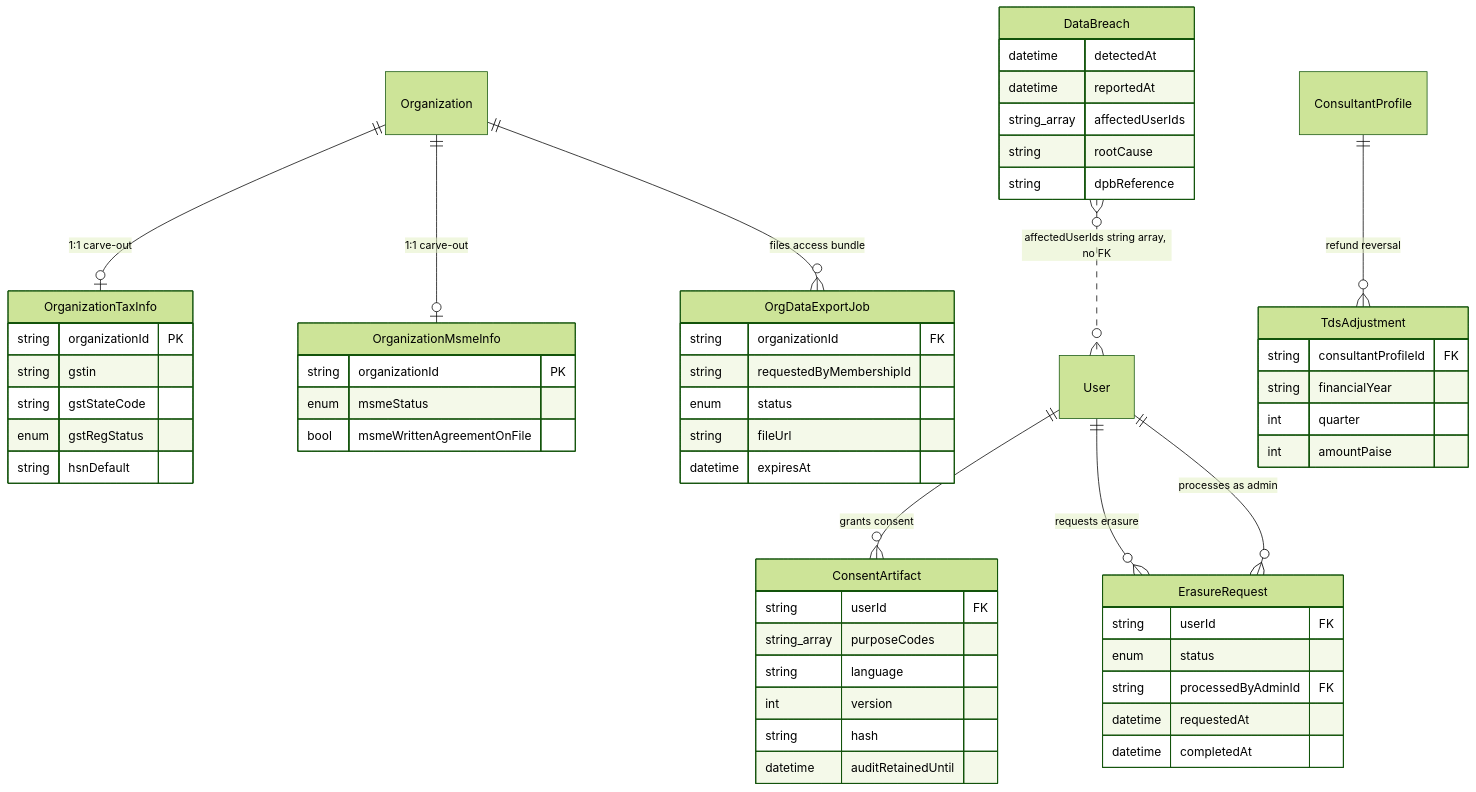
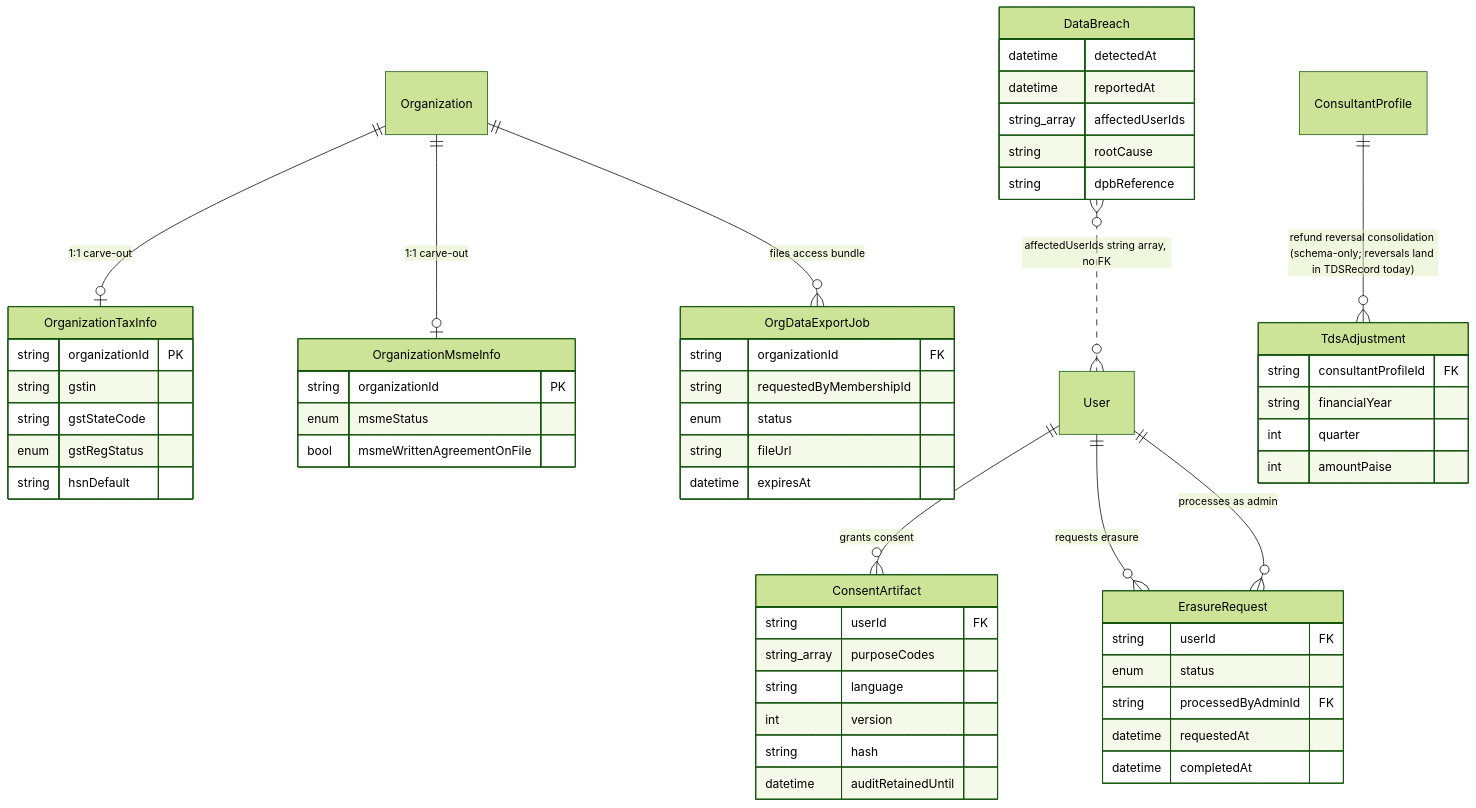
Before and after one commit to Practitionist/familiarise_web: the third of 3 diagrams in docs/enterprise/40-compliance-and-data/01-compliance-dpdp-gst-tds-msme.md, drawn with Mermaid (forest theme). The commit also changed 6 other files, not shown here.

````diff
--- a/docs/enterprise/40-compliance-and-data/01-compliance-dpdp-gst-tds-msme.md
+++ b/docs/enterprise/40-compliance-and-data/01-compliance-dpdp-gst-tds-msme.md
@@ -173,59 +173,59 @@
 ```mermaid
 erDiagram
     Organization ||--o| OrganizationTaxInfo : "1:1 carve-out"
     Organization ||--o| OrganizationMsmeInfo : "1:1 carve-out"
     Organization ||--o{ OrgDataExportJob : "files access bundle"
     User ||--o{ ConsentArtifact : "grants consent"
     User ||--o{ ErasureRequest : "requests erasure"
     User ||--o{ ErasureRequest : "processes as admin"
-    ConsultantProfile ||--o{ TdsAdjustment : "refund reversal"
+    ConsultantProfile ||--o{ TdsAdjustment : "refund reversal consolidation (schema-only; reversals land in TDSRecord today)"
     DataBreach }o..o{ User : "affectedUserIds string array, no FK"
 
     OrganizationTaxInfo {
         string organizationId PK
         string gstin
         string gstStateCode
         enum gstRegStatus
         string hsnDefault
     }
     OrganizationMsmeInfo {
         string organizationId PK
         enum msmeStatus
         bool msmeWrittenAgreementOnFile
     }
     ConsentArtifact {
         string userId FK
         string_array purposeCodes
         string language
         int version
         string hash
         datetime auditRetainedUntil
     }
     ErasureRequest {
         string userId FK
         enum status
         string processedByAdminId FK
         datetime requestedAt
         datetime completedAt
     }
     OrgDataExportJob {
         string organizationId FK
         string requestedByMembershipId
         enum status
         string fileUrl
         datetime expiresAt
     }
     DataBreach {
         datetime detectedAt
         datetime reportedAt
         string_array affectedUserIds
         string rootCause
         string dpbReference
     }
     TdsAdjustment {
         string consultantProfileId FK
         string financialYear
         int quarter
         int amountPaise
     }
 ```
````
